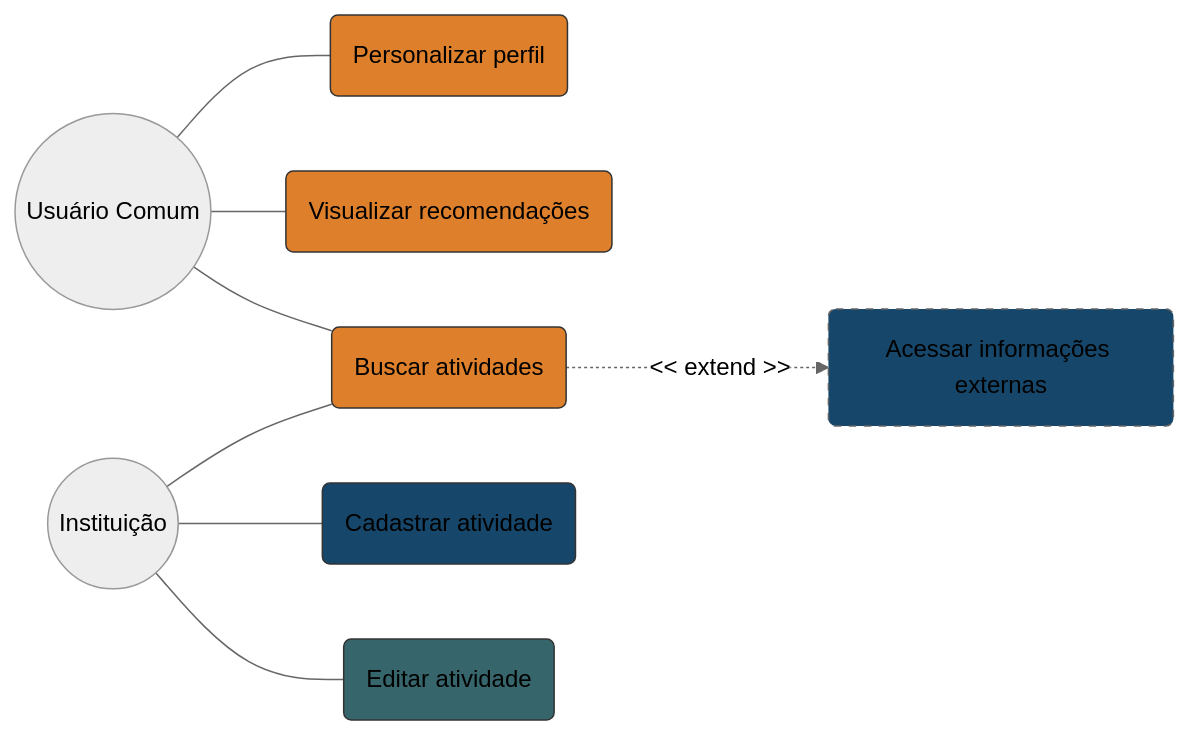
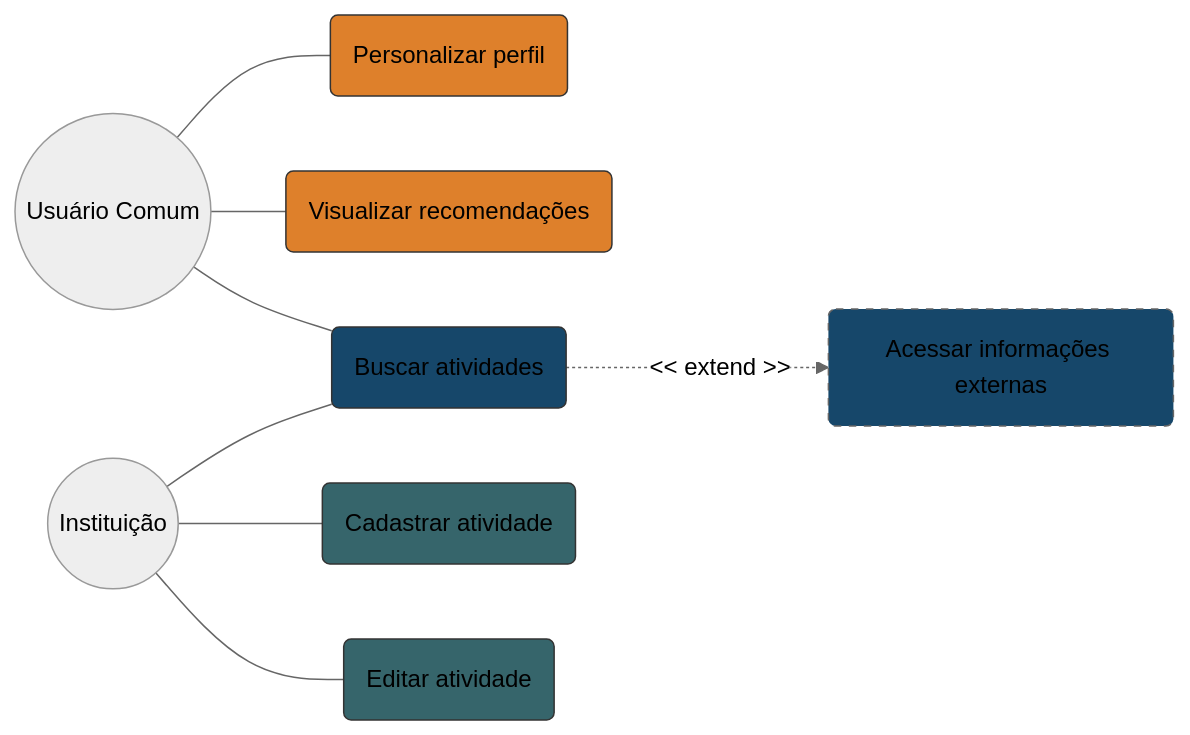
The diagram in Modelagem/Casos de uso.md (J-B-Works/Wisp), drawn with Mermaid (neutral theme) before and after one commit.

Commit message:
Update Colors of Casos de uso.md

````diff
--- a/Modelagem/Casos de uso.md
+++ b/Modelagem/Casos de uso.md
@@ -1,36 +1,36 @@
 ```mermaid
 graph LR
     %% Atores
     User((Usuário Comum))
     Inst((Instituição))
 
     %% Casos de Uso Principais
     UC1(Personalizar perfil)
     UC2(Visualizar recomendações)
     UC3(Buscar atividades)
     UC4(Cadastrar atividade)
     UC5(Editar atividade)
     
     %% Caso de Uso de Dependência: É dependente de Buscar atividades.
     UC6(Acessar informações externas)
 
     %% Relacionamentos
     User --- UC1
     User --- UC2
     User --- UC3
 
     Inst --- UC3
     Inst --- UC4
     Inst --- UC5
 
     %% Dependência
     UC3 -.->|<< extend >>| UC6
 
     %% Estilização
     style UC1 fill:#DE802B,stroke:#333
     style UC2 fill:#DE802B,stroke:#333
-    style UC3 fill:#DE802B,stroke:#333
-    style UC4 fill:#16476A,stroke:#333
+    style UC3 fill:#16476A,stroke:#333
+    style UC4 fill:#36656B,stroke:#333
     style UC5 fill:#36656B,stroke:#333
     style UC6 fill:#16476A,stroke:#666,stroke-dasharray: 5 5
 ```
````
